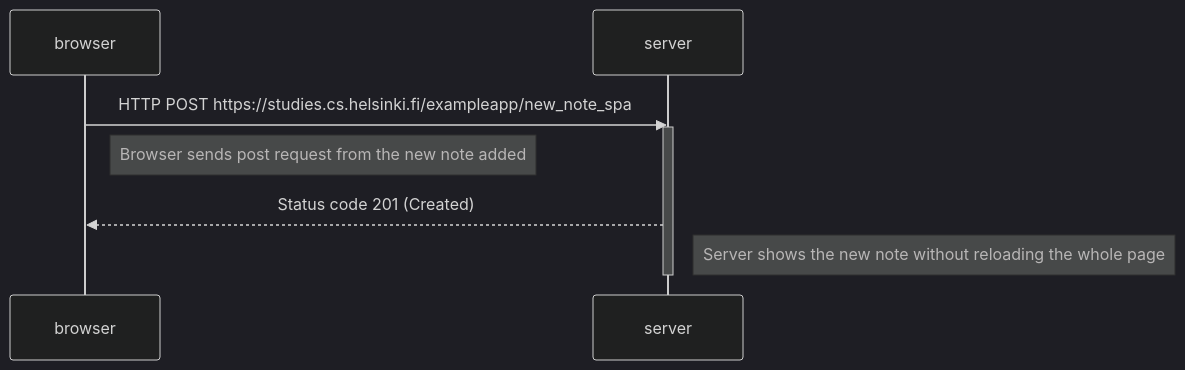
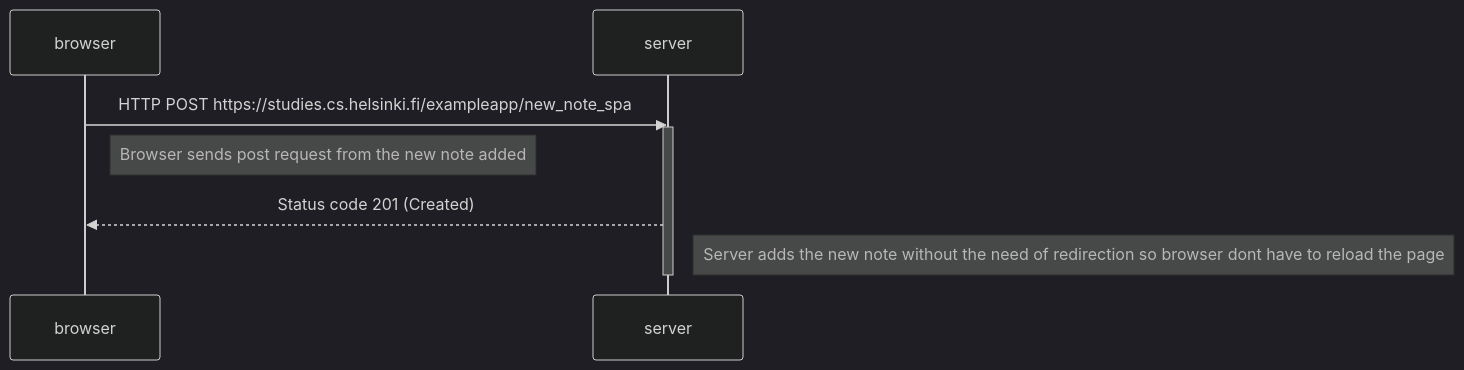
One commit to antonerikwilliam/fullstack changed the third of 3 diagrams in osa0/README.md. Above: the diagram before and after it, drawn with Mermaid (dark theme).

````diff
--- a/osa0/README.md
+++ b/osa0/README.md
@@ -72,11 +72,11 @@
 ```mermaid
 sequenceDiagram
 participant browser
 participant server
 browser->>server: HTTP POST https://studies.cs.helsinki.fi/exampleapp/new_note_spa
 activate server
 Note right of browser: Browser sends post request from the new note added
 server-->>browser: Status code 201 (Created)
-Note right of server: Server shows the new note without reloading the whole page
+Note right of server: Server adds the new note without the need of redirection so browser dont have to reload the page
 deactivate server
 ```
````
